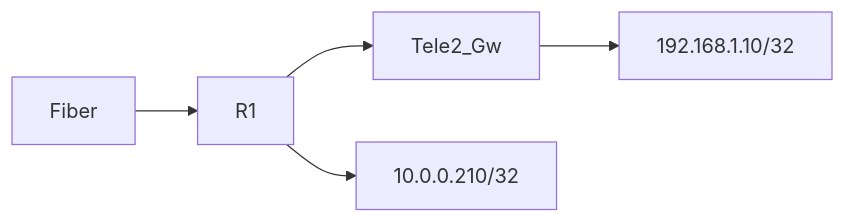
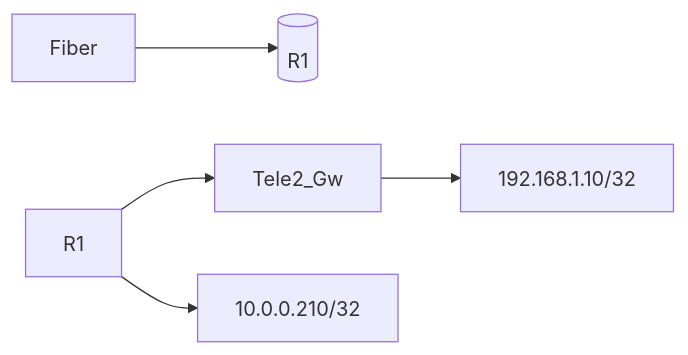
One commit to notkasim/DOCS changed the second of 2 diagrams in Topology.md. Above: the diagram before and after it, drawn with Mermaid.

````diff
--- a/Topology.md
+++ b/Topology.md
@@ -20,7 +20,8 @@
 ```mermaid
 graph LR;
-    Fiber-->R1;
+    id2[(R1)]
+    Fiber-->id2;
     R1-->Tele2_Gw;
     R1-->10.0.0.210/32;
     Tele2_Gw-->192.168.1.10/32;
 ```
````
